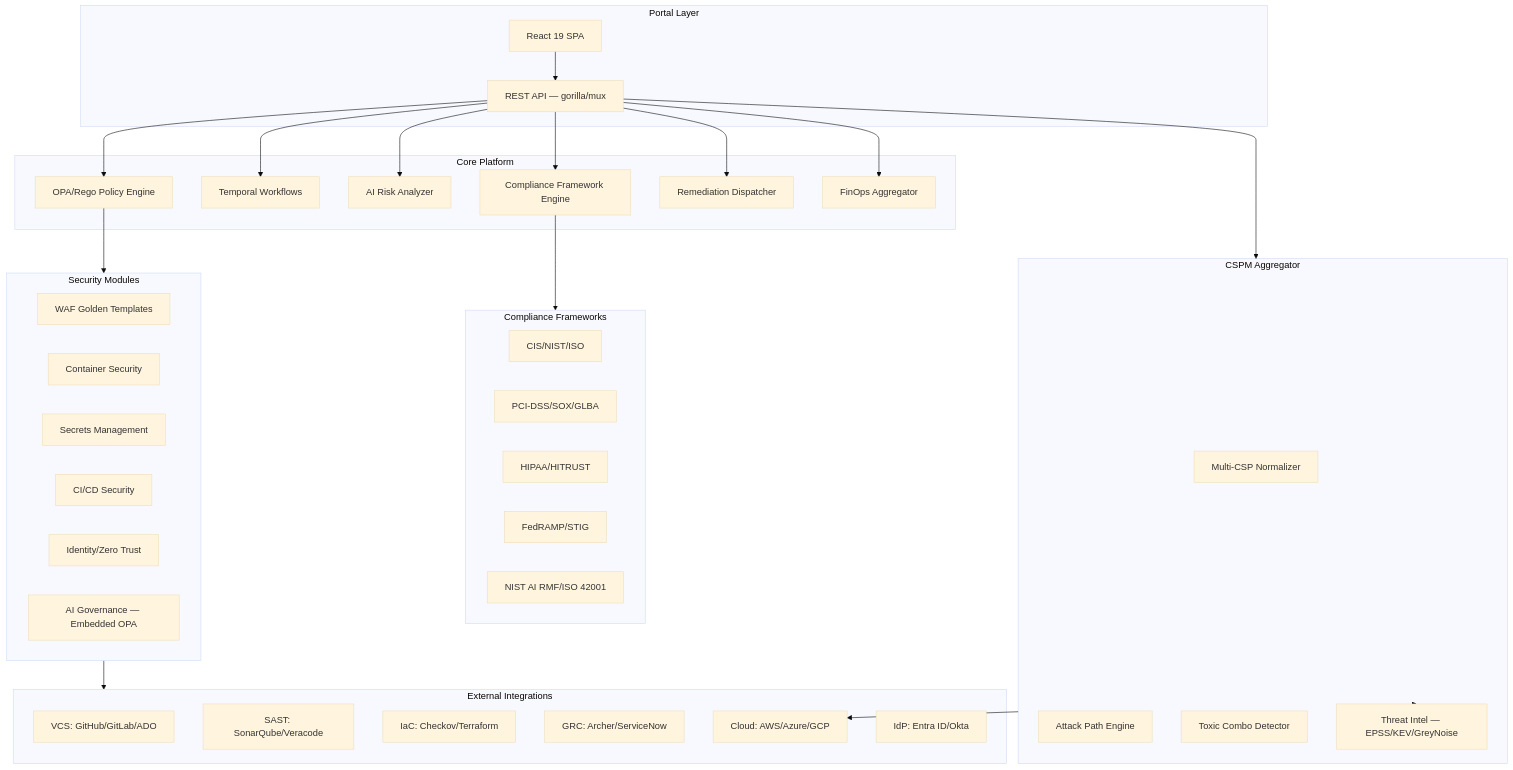
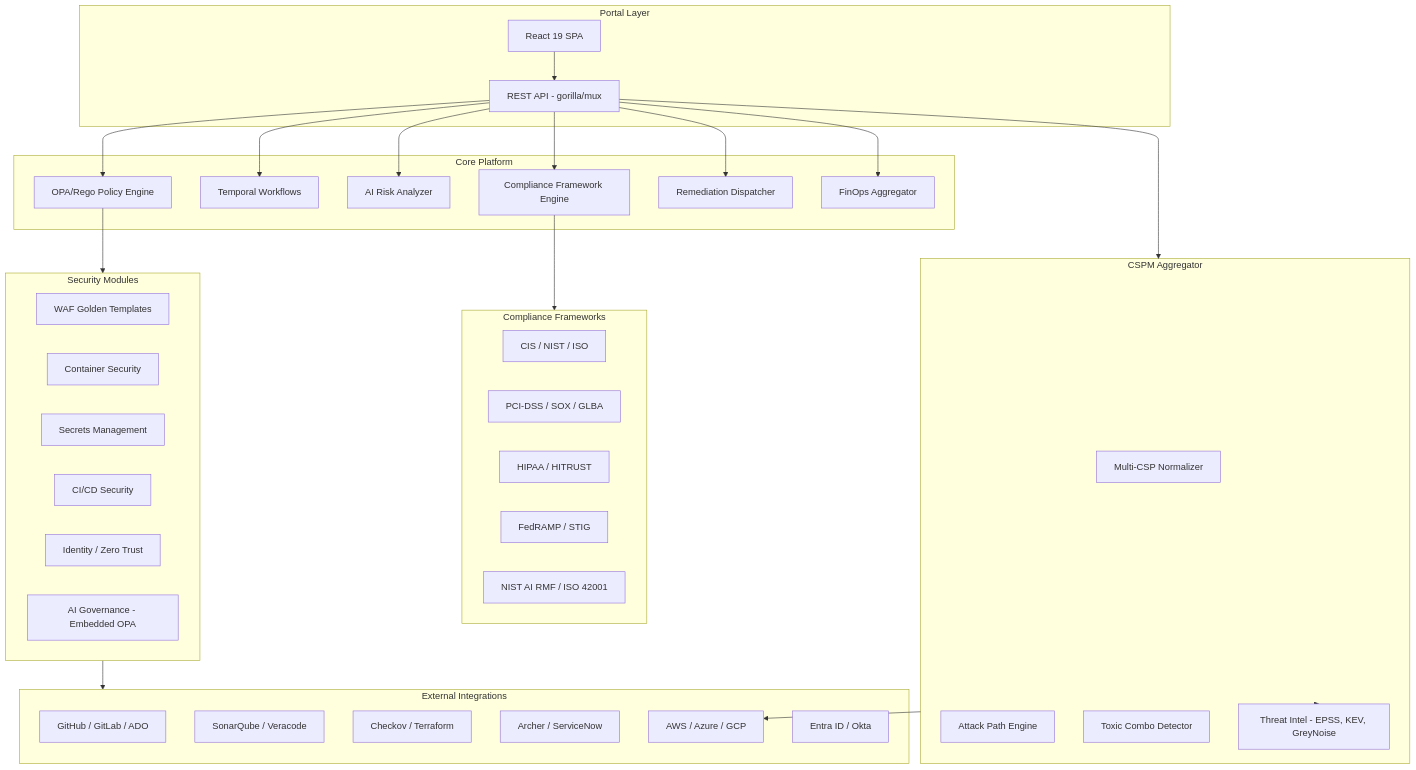
One commit to lvonguyen/cloudforge changed the first of 2 diagrams in docs/core/architecture/HLD.md. Above: the diagram before and after it, drawn with Mermaid. The commit also changed other lines of this file and 22 other files, not shown here.

````diff
--- a/docs/core/architecture/HLD.md
+++ b/docs/core/architecture/HLD.md
@@ -54,65 +54,64 @@
 ```mermaid
-%%{init: {'theme': 'base', 'themeVariables': {'fontFamily': 'Georgia'}}}%%
 flowchart TB
     subgraph Portal["Portal Layer"]
-        UI[React 19 SPA]
-        API[REST API — gorilla/mux]
+        UI["React 19 SPA"]
+        API["REST API - gorilla/mux"]
     end
 
     subgraph Core["Core Platform"]
-        PolicyEngine[OPA/Rego Policy Engine]
-        Orchestration[Temporal Workflows]
-        AIAnalyzer[AI Risk Analyzer]
-        ComplianceEngine[Compliance Framework Engine]
-        RemediationEngine[Remediation Dispatcher]
-        FinOpsEngine[FinOps Aggregator]
+        PolicyEngine["OPA/Rego Policy Engine"]
+        Orchestration["Temporal Workflows"]
+        AIAnalyzer["AI Risk Analyzer"]
+        ComplianceEngine["Compliance Framework Engine"]
+        RemediationEngine["Remediation Dispatcher"]
+        FinOpsEngine["FinOps Aggregator"]
     end
 
     subgraph CSPM["CSPM Aggregator"]
-        Normalizer[Multi-CSP Normalizer]
-        AttackPath[Attack Path Engine]
-        ToxicCombo[Toxic Combo Detector]
-        ThreatIntel[Threat Intel — EPSS/KEV/GreyNoise]
+        Normalizer["Multi-CSP Normalizer"]
+        AttackPath["Attack Path Engine"]
+        ToxicCombo["Toxic Combo Detector"]
+        ThreatIntel["Threat Intel - EPSS, KEV, GreyNoise"]
     end
 
     subgraph Security["Security Modules"]
-        WAF[WAF Golden Templates]
-        Container[Container Security]
-        Secrets[Secrets Management]
-        CICD[CI/CD Security]
-        Identity[Identity/Zero Trust]
-        AIGov[AI Governance — Embedded OPA]
+        WAF["WAF Golden Templates"]
+        ContainerSec["Container Security"]
+        SecretsMgmt["Secrets Management"]
+        CICD["CI/CD Security"]
+        Identity["Identity / Zero Trust"]
+        AIGov["AI Governance - Embedded OPA"]
     end
 
     subgraph Integrations["External Integrations"]
-        VCS[VCS: GitHub/GitLab/ADO]
-        SAST[SAST: SonarQube/Veracode]
-        IaC[IaC: Checkov/Terraform]
-        GRC[GRC: Archer/ServiceNow]
-        Cloud[Cloud: AWS/Azure/GCP]
-        IdP[IdP: Entra ID/Okta]
+        VCS["GitHub / GitLab / ADO"]
+        SAST["SonarQube / Veracode"]
+        IaC["Checkov / Terraform"]
+        GRC["Archer / ServiceNow"]
+        Cloud["AWS / Azure / GCP"]
+        IdP["Entra ID / Okta"]
     end
 
     subgraph Compliance["Compliance Frameworks"]
-        General[CIS/NIST/ISO]
-        Finance[PCI-DSS/SOX/GLBA]
-        Health[HIPAA/HITRUST]
-        Gov[FedRAMP/STIG]
-        AI[NIST AI RMF/ISO 42001]
+        General["CIS / NIST / ISO"]
+        Finance["PCI-DSS / SOX / GLBA"]
+        Health["HIPAA / HITRUST"]
+        Gov["FedRAMP / STIG"]
+        AIFramework["NIST AI RMF / ISO 42001"]
     end
 
     UI --> API
     API --> PolicyEngine
     API --> Orchestration
     API --> AIAnalyzer
     API --> ComplianceEngine
     API --> RemediationEngine
     API --> FinOpsEngine
     API --> CSPM
 
     PolicyEngine --> Security
     ComplianceEngine --> Compliance
     Security --> Integrations
     CSPM --> Cloud
     CSPM --> ThreatIntel
 ```
````
